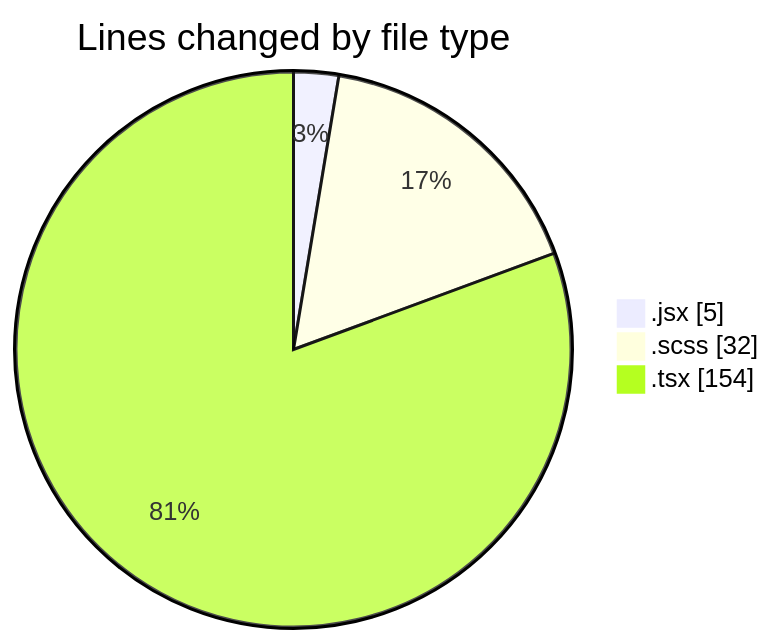
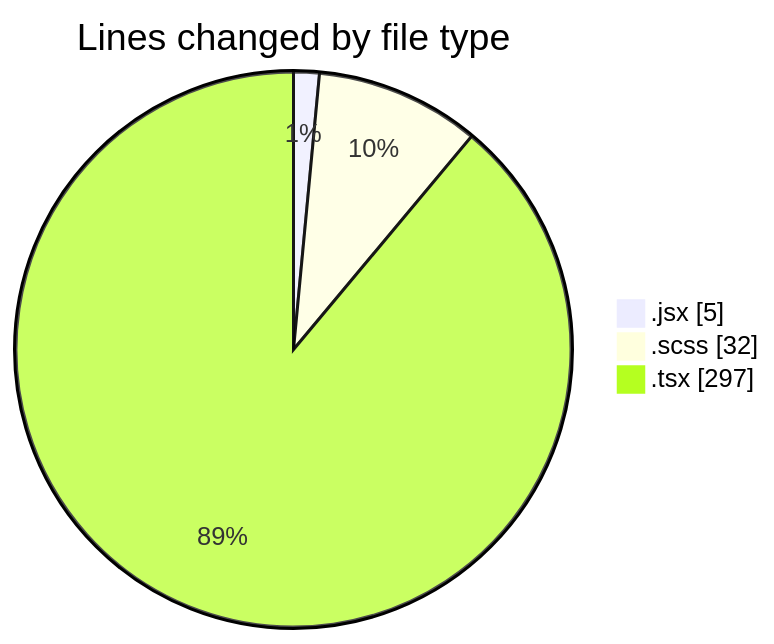
Before and after one commit to momahboobian/code-tracking: the first of 2 diagrams in 2025-06-06/cda/README.md, drawn with Mermaid. The commit also changed other lines of this file and 1 other file, not shown here.

````diff
--- a/2025-06-06/cda/README.md
+++ b/2025-06-06/cda/README.md
@@ -23,7 +23,7 @@
 ```mermaid
 pie showData
 title Lines changed by file type
 ".jsx" : 5
 ".scss" : 32
-".tsx" : 154
+".tsx" : 297
 ```
````
